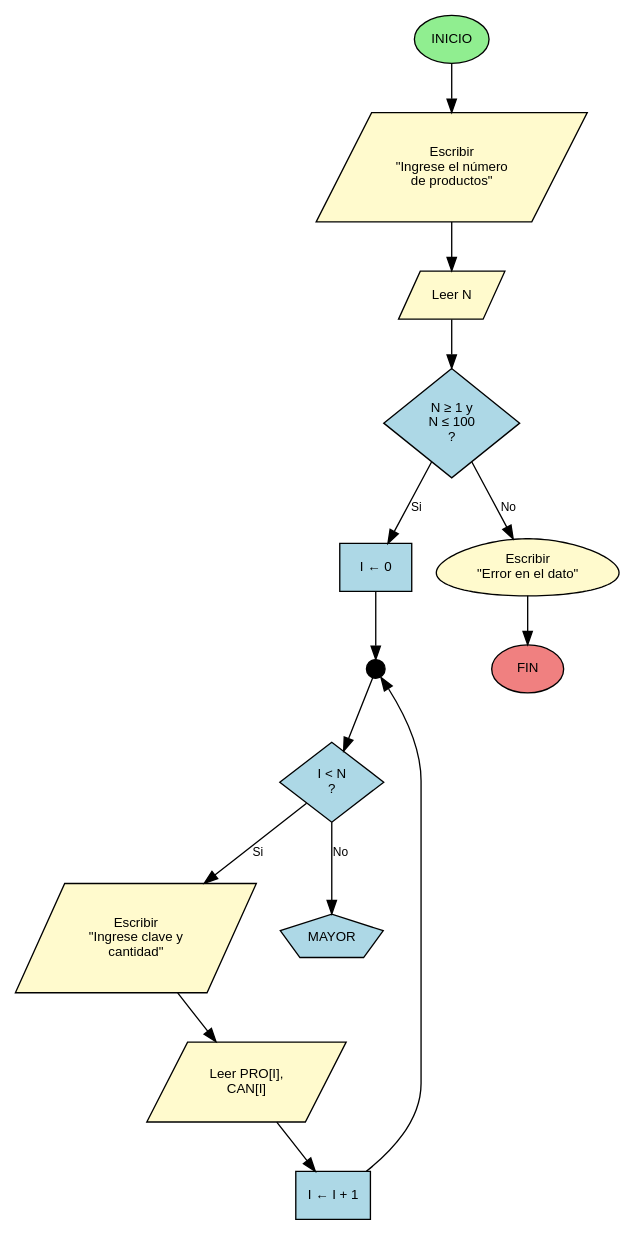
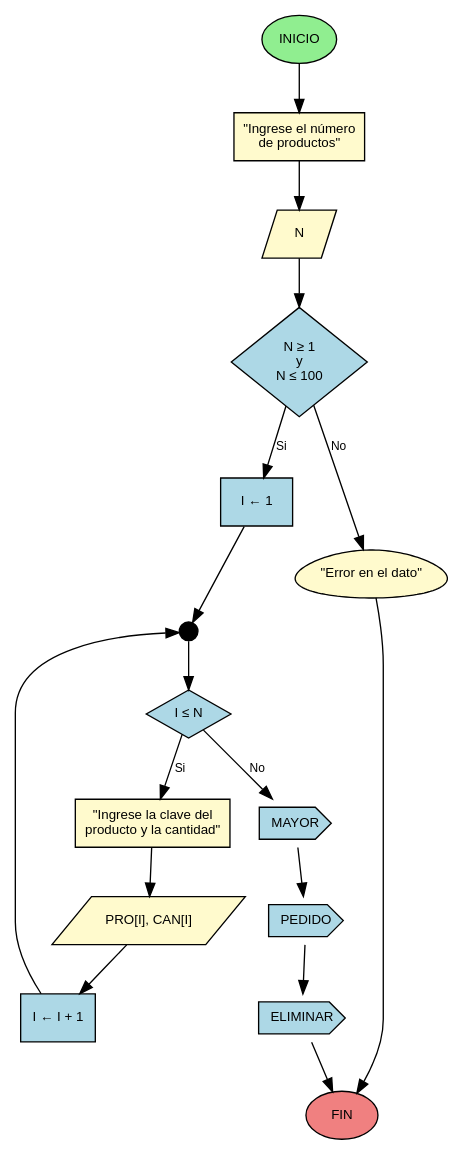
One commit to D1egoXD/JAVA-TICS changed the diagram in diagramas/problema_4_22_parte_a.dot. Above: the diagram before and after it, drawn with Graphviz. The commit also changed 7 other files, not shown here.

Commit message:
Corregir parte_a - usar egg para mensaje de error

```diff
--- a/diagramas/problema_4_22_parte_a.dot
+++ b/diagramas/problema_4_22_parte_a.dot
@@ -1,35 +1,40 @@
 digraph Inventario_Parte_A {
     rankdir=TB;
     node [shape=box, style=filled, fontname="Arial", fontsize=10];
     edge [fontname="Arial", fontsize=9];
 
     // Nodos
     inicio [label="INICIO", shape=oval, fillcolor="#90EE90", color=black, fontcolor=black];
-    msgN [label="Escribir\n\"Ingrese el número\nde productos\"", shape=parallelogram, fillcolor="#FFFACD", color=black, fontcolor=black];
-    leerN [label="Leer N", shape=parallelogram, fillcolor="#FFFACD", color=black, fontcolor=black];
-    validacion [label="N ≥ 1 y\nN ≤ 100\n?", shape=diamond, fillcolor="#ADD8E6", color=black, fontcolor=black];
-    initI [label="I ← 0", shape=box, fillcolor="#ADD8E6", color=black, fontcolor=black];
+    msgN [label="\"Ingrese el número\nde productos\"", shape=box, fillcolor="#FFFACD", color=black, fontcolor=black];
+    leerN [label="N", shape=parallelogram, fillcolor="#FFFACD", color=black, fontcolor=black];
+    validacion [label="N ≥ 1\ny\nN ≤ 100", shape=diamond, fillcolor="#ADD8E6", color=black, fontcolor=black];
+    initI [label="I ← 1", shape=box, fillcolor="#ADD8E6", color=black, fontcolor=black];
     converge1 [label="", shape=circle, width=0.2, height=0.2, fillcolor=black, color=black];
-    ciclo [label="I < N\n?", shape=diamond, fillcolor="#ADD8E6", color=black, fontcolor=black];
-    msgDatos [label="Escribir\n\"Ingrese clave y\ncantidad\"", shape=parallelogram, fillcolor="#FFFACD", color=black, fontcolor=black];
-    leerDatos [label="Leer PRO[I],\nCAN[I]", shape=parallelogram, fillcolor="#FFFACD", color=black, fontcolor=black];
+    ciclo [label="I ≤ N", shape=diamond, fillcolor="#ADD8E6", color=black, fontcolor=black];
+    msgDatos [label="\"Ingrese la clave del\nproducto y la cantidad\"", shape=box, fillcolor="#FFFACD", color=black, fontcolor=black];
+    leerDatos [label="PRO[I], CAN[I]", shape=parallelogram, fillcolor="#FFFACD", color=black, fontcolor=black];
     incremento [label="I ← I + 1", shape=box, fillcolor="#ADD8E6", color=black, fontcolor=black];
-    msgError [label="Escribir\n\"Error en el dato\"", shape=egg, fillcolor="#FFFACD", color=black, fontcolor=black];
-    conectorMayor [label="MAYOR", shape=pentagon, fillcolor="#ADD8E6", color=black, fontcolor=black];
+    msgError [label="\"Error en el dato\"", shape=egg, fillcolor="#FFFACD", color=black, fontcolor=black];
+    conectorMayor [label="MAYOR", shape=cds, fillcolor="#ADD8E6", color=black, fontcolor=black];
+    conectorPedido [label="PEDIDO", shape=cds, fillcolor="#ADD8E6", color=black, fontcolor=black];
+    conectorEliminar [label="ELIMINAR", shape=cds, fillcolor="#ADD8E6", color=black, fontcolor=black];
     fin [label="FIN", shape=oval, fillcolor="#F08080", color=black, fontcolor=black];
 
     // Conexiones
     inicio -> msgN;
     msgN -> leerN;
     leerN -> validacion;
     validacion -> initI [label="Si"];
     validacion -> msgError [label="No"];
     initI -> converge1;
     converge1 -> ciclo;
     ciclo -> msgDatos [label="Si"];
     ciclo -> conectorMayor [label="No"];
     msgDatos -> leerDatos;
     leerDatos -> incremento;
     incremento -> converge1;
+    conectorMayor -> conectorPedido;
+    conectorPedido -> conectorEliminar;
     msgError -> fin;
+    conectorEliminar -> fin;
 }
```
